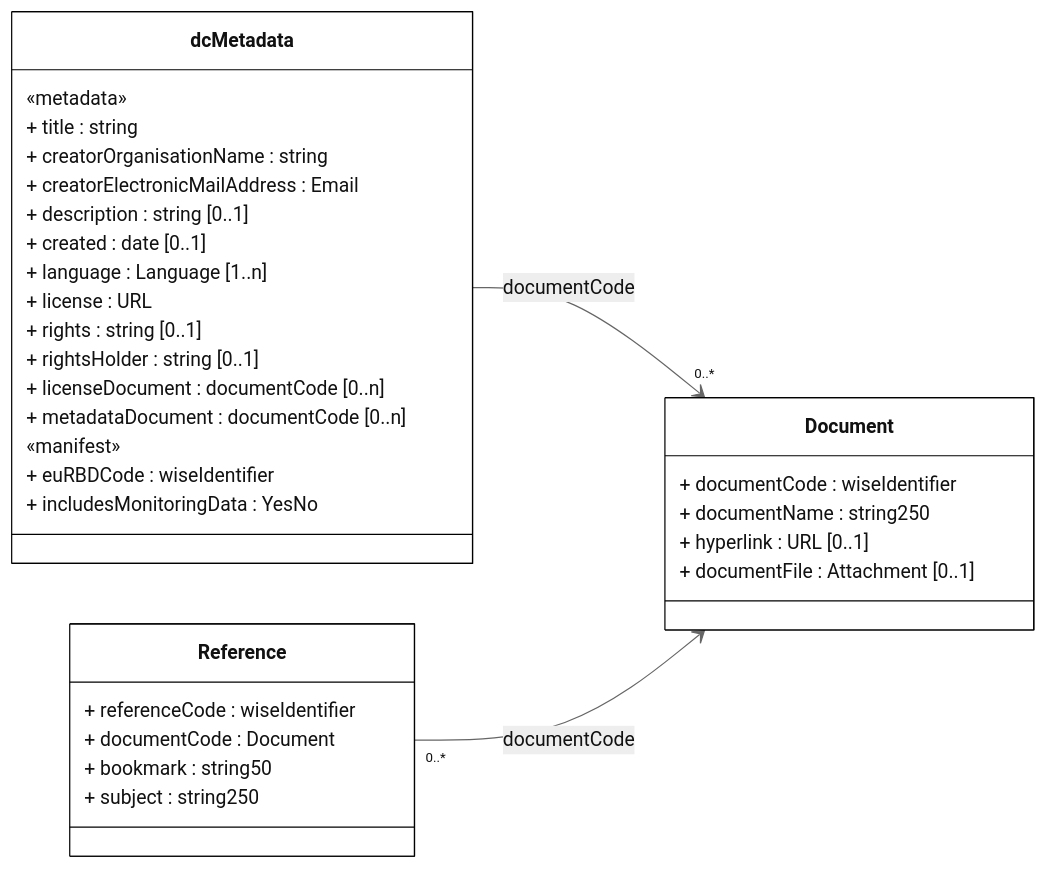
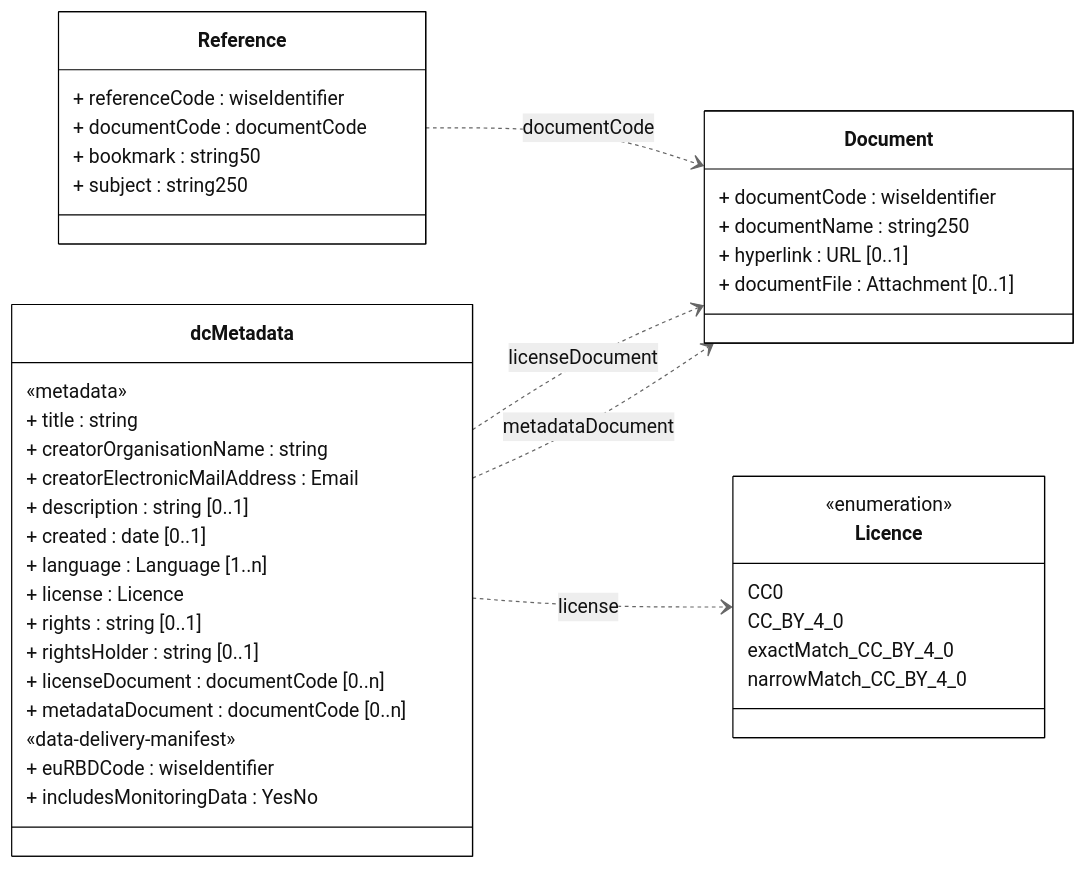
The diagram in docs/DataModelReview/mmd/SurfaceWaterMethodologies_4thCycle_Documents_ClassDiagram.mmd (eeadata/WISE.WFD.Documentation), drawn with Mermaid before and after one commit. The commit also changed 3 other files, not shown here.

```diff
--- a/docs/DataModelReview/mmd/SurfaceWaterMethodologies_4thCycle_Documents_ClassDiagram.mmd
+++ b/docs/DataModelReview/mmd/SurfaceWaterMethodologies_4thCycle_Documents_ClassDiagram.mmd
@@ -1,49 +1,59 @@
 ---
 config:
   class:
     hideEmptyMembersBox: true
   layout: dagre
   theme: neutral
 ---
 classDiagram
 direction LR
 
 class dcMetadata {
 
 «metadata»
 + title : string
 + creatorOrganisationName : string
 + creatorElectronicMailAddress : Email
 + description : string [0..1]
 + created : date [0..1]
 + language : Language [1..n]
-+ license : URL
++ license : Licence
 + rights : string [0..1]
 + rightsHolder : string [0..1]
 + licenseDocument : documentCode [0..n]
 + metadataDocument : documentCode [0..n]
 
-«manifest»
+«data-delivery-manifest»
 + euRBDCode : wiseIdentifier
 + includesMonitoringData : YesNo
 }
 
 class Reference {
   + referenceCode : wiseIdentifier
-  + documentCode : Document
+  + documentCode : documentCode
   + bookmark : string50
   + subject : string250 
 }
 
 class Document {
 + documentCode : wiseIdentifier
 + documentName : string250
 + hyperlink : URL [0..1]
 + documentFile : Attachment [0..1]
 }
 
-dcMetadata --> "0..*" Document : documentCode
-Reference "0..*" --> Document : documentCode
+class Licence{
+  <<enumeration>>
+  CC0
+  CC_BY_4_0
+  exactMatch_CC_BY_4_0
+  narrowMatch_CC_BY_4_0
+}
+
+Reference  ..> Document : documentCode
+dcMetadata ..> Document : licenseDocument
+dcMetadata ..> Document : metadataDocument
+dcMetadata ..> Licence : license
 
 classDef default fill:white,stroke:#000;
 classDef forFixing fill:white,stroke:#f00;
```
